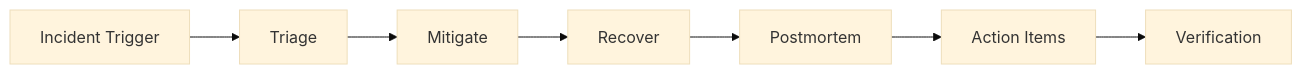
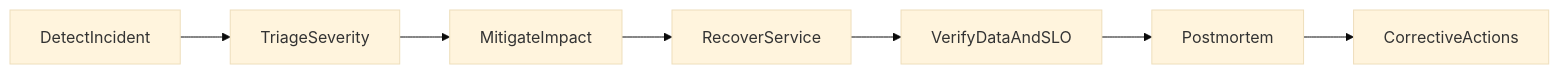
One commit to GabrielAlmeidaFlores/Senior-Software-Architect changed the second of 2 diagrams in database/database-masterclass/04-architectural-decision-framework/02-operational-excellence-for-databases.md. Above: the diagram before and after it, drawn with Mermaid (base theme). The commit also changed other lines of this file and 19 other files, not shown here.

````diff
--- a/database/database-masterclass/04-architectural-decision-framework/02-operational-excellence-for-databases.md
+++ b/database/database-masterclass/04-architectural-decision-framework/02-operational-excellence-for-databases.md
@@ -135,9 +157,9 @@
 ```mermaid
 flowchart LR
-    I[Incident Trigger] --> T[Triage]
-    T --> M[Mitigate]
-    M --> R[Recover]
-    R --> P[Postmortem]
-    P --> A[Action Items]
-    A --> V[Verification]
+    detect[DetectIncident] --> triage[TriageSeverity]
+    triage --> mitigate[MitigateImpact]
+    mitigate --> recover[RecoverService]
+    recover --> verify[VerifyDataAndSLO]
+    verify --> postmortem[Postmortem]
+    postmortem --> actions[CorrectiveActions]
 ```
````
